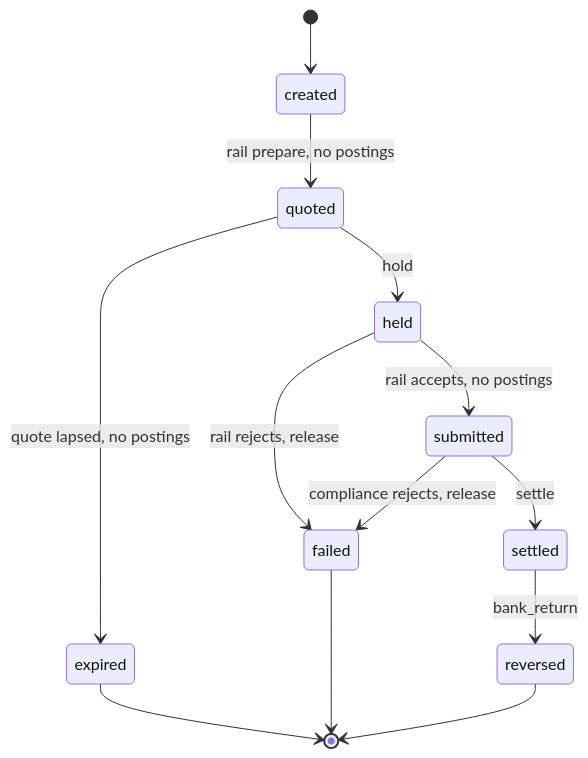
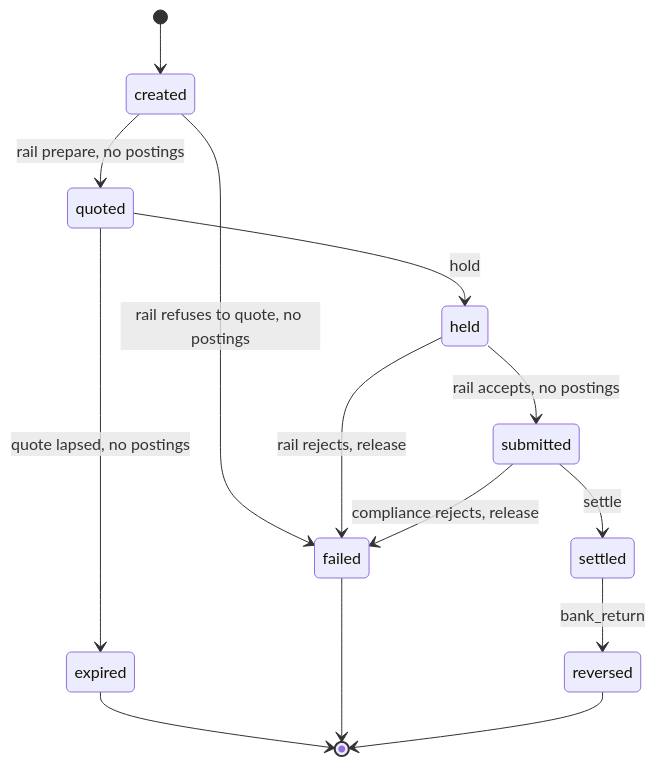
Before and after one commit to darkodi/ferry: the third of 3 diagrams in docs/design.md, drawn with Mermaid. The commit also changed other lines of this file and 28 other files, not shown here.

````diff
--- a/docs/design.md
+++ b/docs/design.md
@@ -217,15 +250,16 @@
 ```mermaid
 stateDiagram-v2
     [*] --> created
     created --> quoted: rail prepare, no postings
+    created --> failed: rail refuses to quote, no postings
     quoted --> held: hold
     quoted --> expired: quote lapsed, no postings
     held --> submitted: rail accepts, no postings
     held --> failed: rail rejects, release
     submitted --> settled: settle
     submitted --> failed: compliance rejects, release
     settled --> reversed: bank_return
     expired --> [*]
     failed --> [*]
     reversed --> [*]
 ```
````
